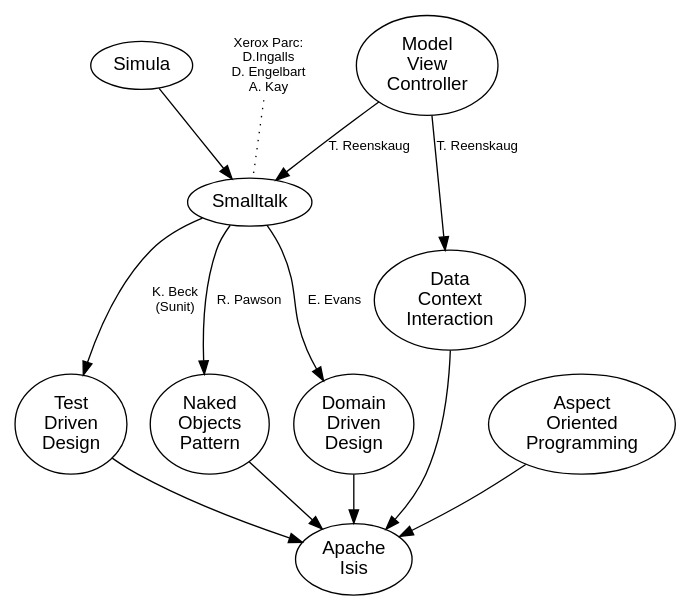
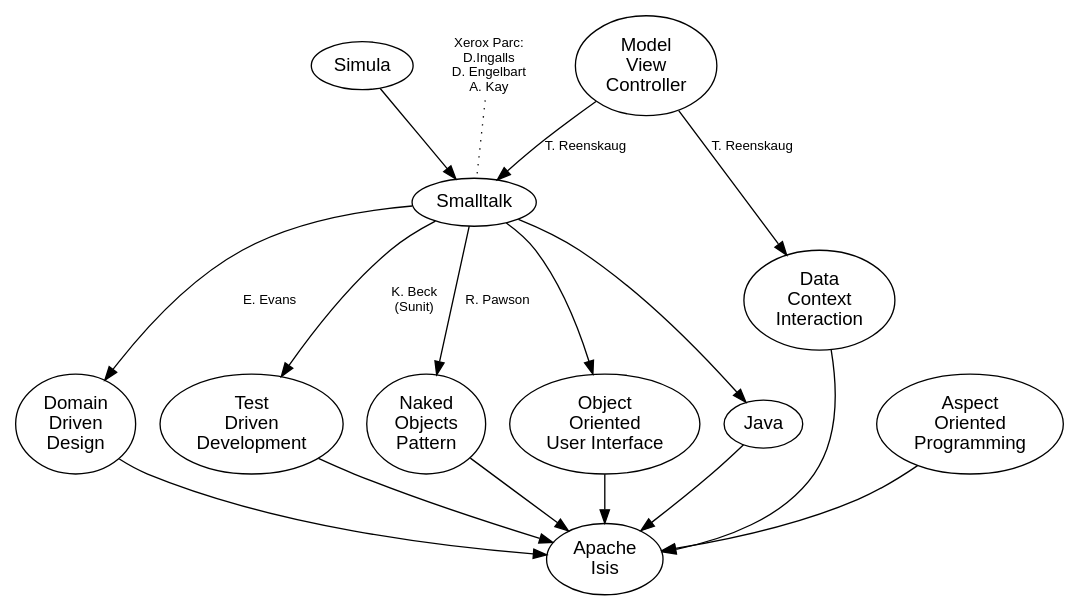
Before and after one commit to joerg-rade/dddsample-isis: the diagram in roots.adoc, drawn with Graphviz. The commit also changed other lines of this file and 15 other files, not shown here.

Commit message:
Slides for Naked Objects Presentation, more diagrams

```diff
--- a/roots.adoc
+++ b/roots.adoc
@@ -5,33 +2,37 @@
 [graphviz, history, png]
 ----
 digraph g {
     overlap=false
     layout=dot 
     rankdir=TD
     node [fontname=arial style=filled fillcolor=white] 
     edge [fontname=arial fontsize=10] 
 
     ai [label="Apache\nIsis"]
     st [label="Smalltalk"]
+    java [label="Java"]
     sml [label="Simula"]
     ddd [label="Domain\nDriven\nDesign"]
     dci [label="Data\nContext\nInteraction"]
-    tdd [label="Test\nDriven\nDesign"]
+    tdd [label="Test\nDriven\nDevelopment"]
     nop [label="Naked\nObjects\nPattern"]
     mvc [label="Model\nView\nController"]
     aop [label="Aspect\nOriented\nProgramming"]
+    ooui [label="Object\nOriented\nUser Interface"]
     
     sml -> st
     st -> ddd [label="E. Evans"]
     st -> nop [label="R. Pawson"]
     st -> tdd [label="K. Beck\n(Sunit)"]
+    st -> java [label=""]
+    st -> ooui 
     mvc -> st, dci [label="T. Reenskaug"]
-    dci, tdd, nop, ddd, aop -> ai
+    dci, tdd, nop, ddd, aop, java, ooui -> ai
     
     xp [shape=none fontsize=10 label="Xerox Parc:\n D.Ingalls \n D. Engelbart \n A. Kay"]
     
     
     xp -> st [nodesep=0.01 style=dotted arrowhead=none ]
     
 }
 ----
```
